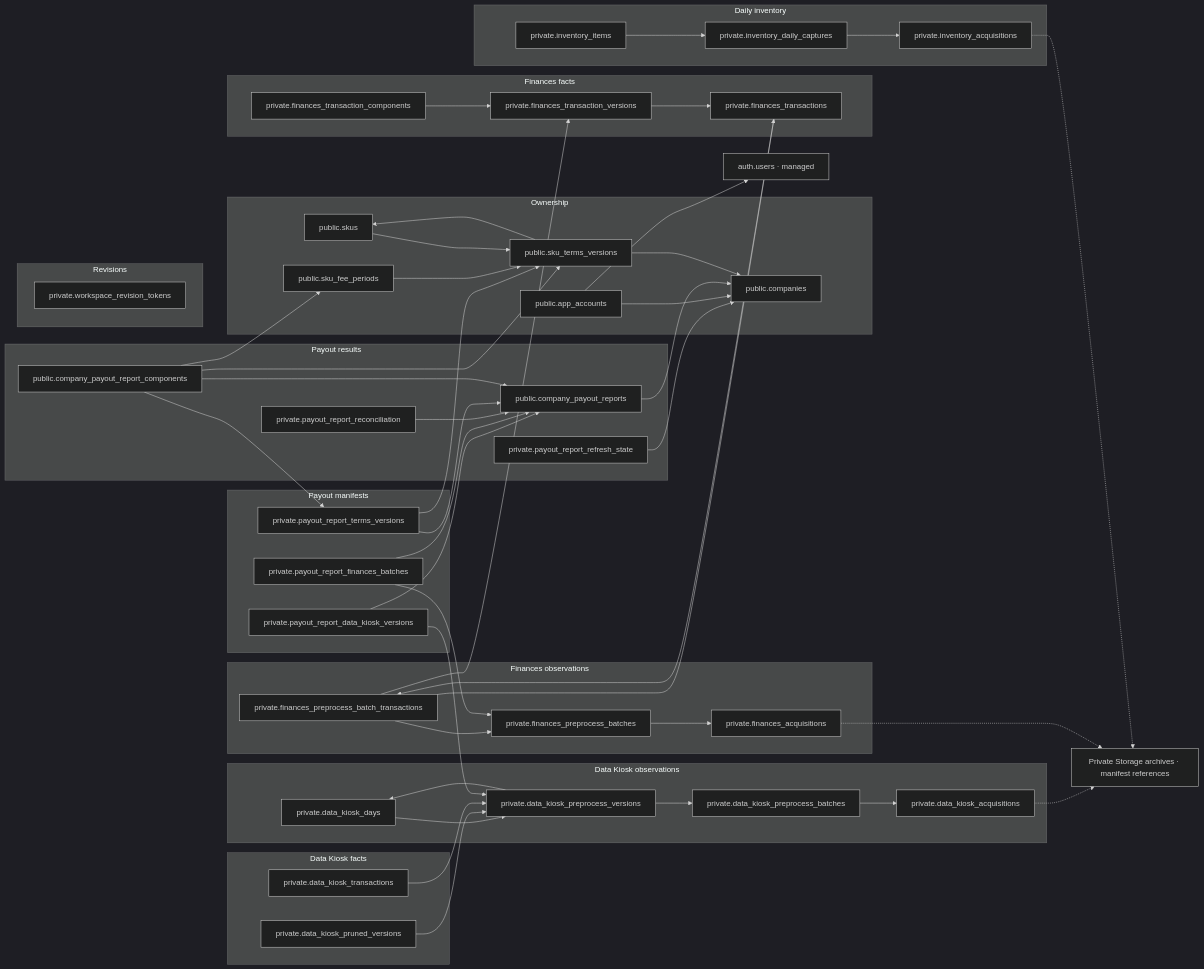
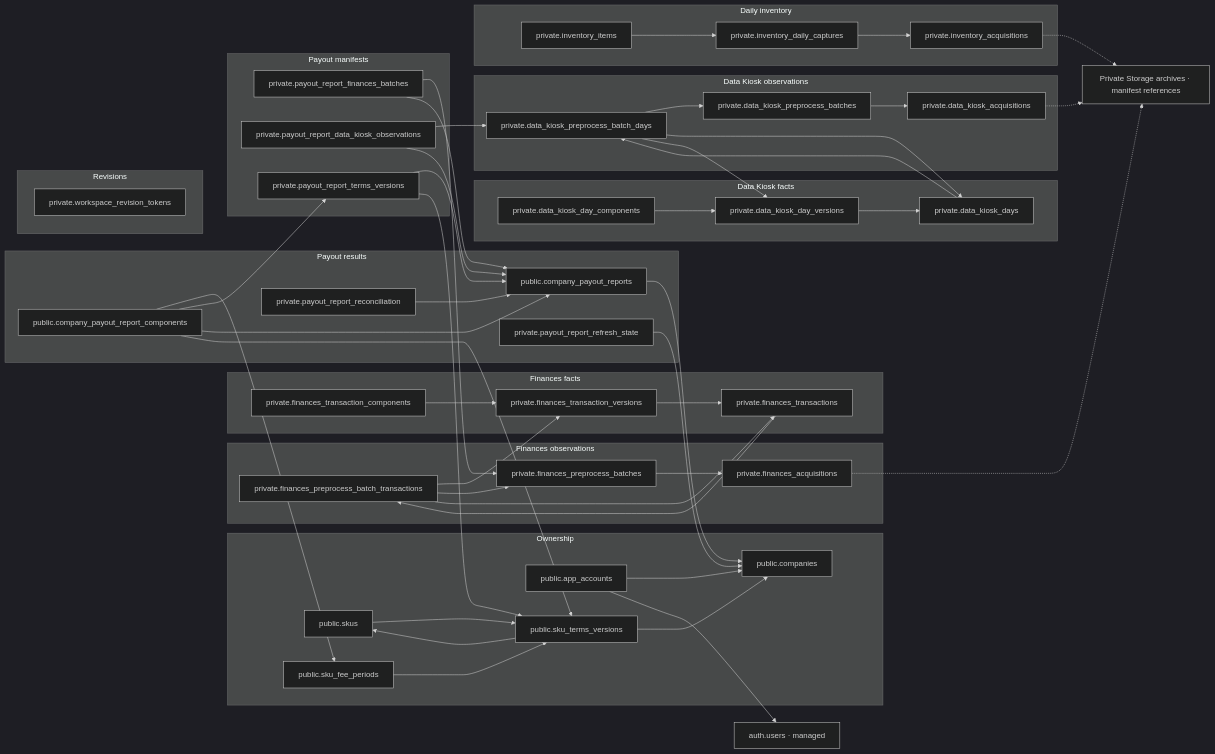
The diagram in docs/figures/database/01-overview.mmd (qwercxzsda/A-SelBox), drawn with Mermaid (dark theme) before and after one commit. The commit also changed 127 other files, not shown here.

First line of the commit message:
refactor: rebuild Data Kiosk around reusable immutable day versions

```diff
--- a/docs/figures/database/01-overview.mmd
+++ b/docs/figures/database/01-overview.mmd
@@ -1,86 +1,87 @@
 flowchart LR
     auth_users["auth.users · managed"]
     ARCHIVES["Private Storage archives · manifest references"]
     subgraph GROUP_0["Ownership"]
         public_companies["public.companies"]
         public_app_accounts["public.app_accounts"]
         public_skus["public.skus"]
         public_sku_terms_versions["public.sku_terms_versions"]
         public_sku_fee_periods["public.sku_fee_periods"]
     end
     subgraph GROUP_1["Finances observations"]
         private_finances_acquisitions["private.finances_acquisitions"]
         private_finances_preprocess_batches["private.finances_preprocess_batches"]
         private_finances_preprocess_batch_transactions["private.finances_preprocess_batch_transactions"]
     end
     subgraph GROUP_2["Finances facts"]
         private_finances_transactions["private.finances_transactions"]
         private_finances_transaction_versions["private.finances_transaction_versions"]
         private_finances_transaction_components["private.finances_transaction_components"]
     end
     subgraph GROUP_3["Data Kiosk observations"]
         private_data_kiosk_acquisitions["private.data_kiosk_acquisitions"]
-        private_data_kiosk_days["private.data_kiosk_days"]
         private_data_kiosk_preprocess_batches["private.data_kiosk_preprocess_batches"]
-        private_data_kiosk_preprocess_versions["private.data_kiosk_preprocess_versions"]
+        private_data_kiosk_preprocess_batch_days["private.data_kiosk_preprocess_batch_days"]
     end
     subgraph GROUP_4["Data Kiosk facts"]
-        private_data_kiosk_transactions["private.data_kiosk_transactions"]
-        private_data_kiosk_pruned_versions["private.data_kiosk_pruned_versions"]
+        private_data_kiosk_days["private.data_kiosk_days"]
+        private_data_kiosk_day_versions["private.data_kiosk_day_versions"]
+        private_data_kiosk_day_components["private.data_kiosk_day_components"]
     end
     subgraph GROUP_5["Payout results"]
         public_company_payout_reports["public.company_payout_reports"]
         public_company_payout_report_components["public.company_payout_report_components"]
         private_payout_report_reconciliation["private.payout_report_reconciliation"]
         private_payout_report_refresh_state["private.payout_report_refresh_state"]
     end
     subgraph GROUP_6["Payout manifests"]
         private_payout_report_finances_batches["private.payout_report_finances_batches"]
-        private_payout_report_data_kiosk_versions["private.payout_report_data_kiosk_versions"]
+        private_payout_report_data_kiosk_observations["private.payout_report_data_kiosk_observations"]
         private_payout_report_terms_versions["private.payout_report_terms_versions"]
     end
     subgraph GROUP_7["Revisions"]
         private_workspace_revision_tokens["private.workspace_revision_tokens"]
     end
     subgraph GROUP_8["Daily inventory"]
         private_inventory_acquisitions["private.inventory_acquisitions"]
         private_inventory_daily_captures["private.inventory_daily_captures"]
         private_inventory_items["private.inventory_items"]
     end
     private_data_kiosk_acquisitions -.-> ARCHIVES
-    private_data_kiosk_days --> private_data_kiosk_preprocess_versions
+    private_data_kiosk_day_components --> private_data_kiosk_day_versions
+    private_data_kiosk_day_versions --> private_data_kiosk_days
+    private_data_kiosk_days --> private_data_kiosk_preprocess_batch_days
+    private_data_kiosk_preprocess_batch_days --> private_data_kiosk_preprocess_batches
+    private_data_kiosk_preprocess_batch_days --> private_data_kiosk_days
+    private_data_kiosk_preprocess_batch_days --> private_data_kiosk_day_versions
     private_data_kiosk_preprocess_batches --> private_data_kiosk_acquisitions
-    private_data_kiosk_preprocess_versions --> private_data_kiosk_preprocess_batches
-    private_data_kiosk_preprocess_versions --> private_data_kiosk_days
-    private_data_kiosk_pruned_versions --> private_data_kiosk_preprocess_versions
-    private_data_kiosk_transactions --> private_data_kiosk_preprocess_versions
     private_finances_acquisitions -.-> ARCHIVES
     private_finances_preprocess_batch_transactions --> private_finances_transaction_versions
     private_finances_preprocess_batch_transactions --> private_finances_preprocess_batches
     private_finances_preprocess_batch_transactions --> private_finances_transactions
     private_finances_preprocess_batches --> private_finances_acquisitions
     private_finances_transaction_components --> private_finances_transaction_versions
     private_finances_transaction_versions --> private_finances_transactions
     private_finances_transactions --> private_finances_preprocess_batch_transactions
     private_inventory_acquisitions -.-> ARCHIVES
     private_inventory_daily_captures --> private_inventory_acquisitions
     private_inventory_items --> private_inventory_daily_captures
-    private_payout_report_data_kiosk_versions --> private_data_kiosk_preprocess_versions
-    private_payout_report_data_kiosk_versions --> public_company_payout_reports
+    private_payout_report_data_kiosk_observations --> private_data_kiosk_preprocess_batch_days
+    private_payout_report_data_kiosk_observations --> public_company_payout_reports
     private_payout_report_finances_batches --> private_finances_preprocess_batches
     private_payout_report_finances_batches --> public_company_payout_reports
     private_payout_report_reconciliation --> public_company_payout_reports
     private_payout_report_refresh_state --> public_companies
     private_payout_report_terms_versions --> public_company_payout_reports
     private_payout_report_terms_versions --> public_sku_terms_versions
     public_app_accounts --> public_companies
     public_app_accounts --> auth_users
     public_company_payout_report_components --> public_sku_fee_periods
     public_company_payout_report_components --> private_payout_report_terms_versions
     public_company_payout_report_components --> public_company_payout_reports
     public_company_payout_report_components --> public_sku_terms_versions
     public_company_payout_reports --> public_companies
     public_sku_fee_periods --> public_sku_terms_versions
     public_sku_terms_versions --> public_companies
     public_sku_terms_versions --> public_skus
     public_skus --> public_sku_terms_versions
```
